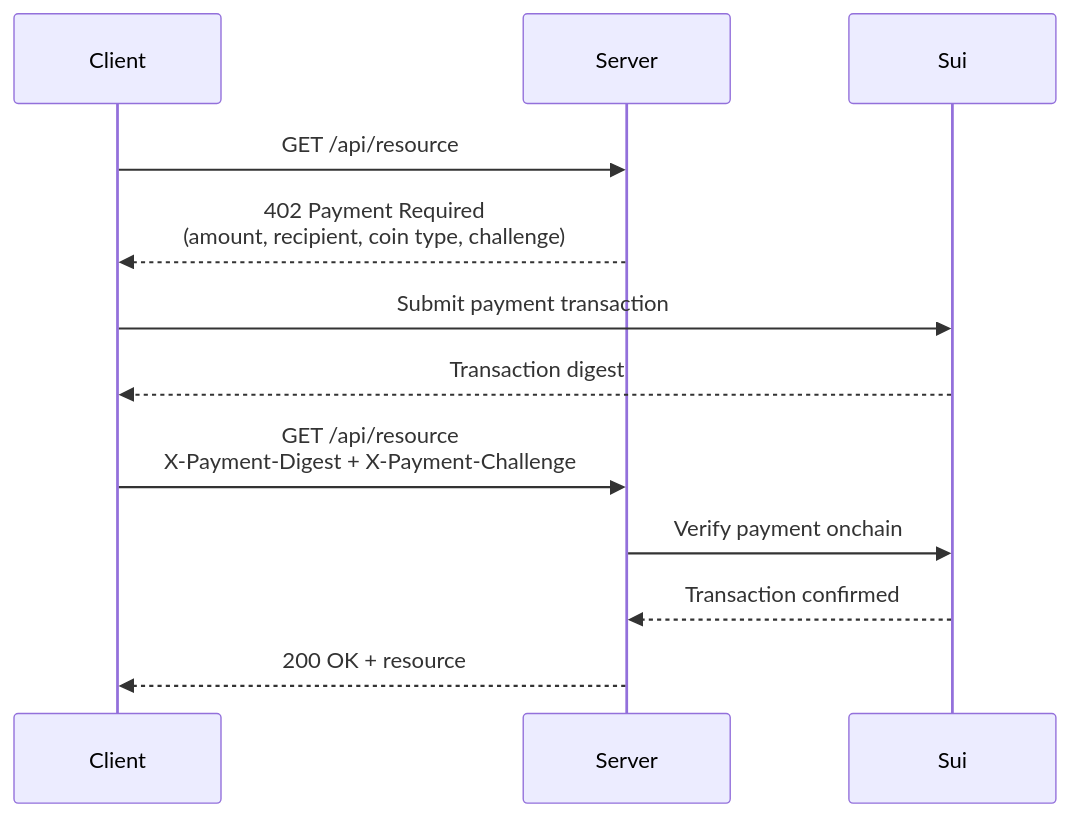
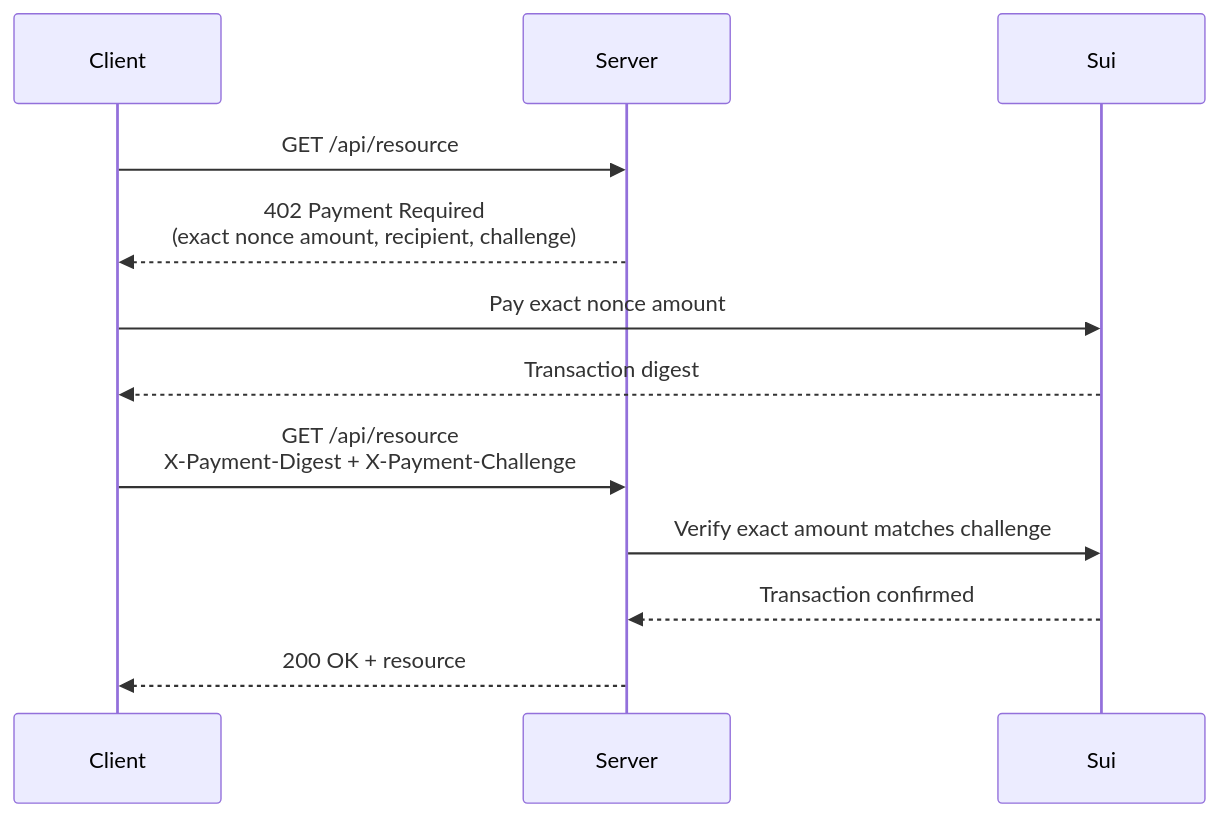
Before and after one commit to MystenLabs/sui: the diagram in docs/content/onchain-finance/x402-pay-per-request.mdx, drawn with Mermaid. The commit also changed other lines of this file and 10 other files, not shown here.

````diff
--- a/docs/content/onchain-finance/x402-pay-per-request.mdx
+++ b/docs/content/onchain-finance/x402-pay-per-request.mdx
@@ -19,15 +19,15 @@
 ```mermaid
 sequenceDiagram
     participant Client
     participant Server
     participant Sui
 
     Client->>Server: GET /api/resource
-    Server-->>Client: 402 Payment Required<br/>(amount, recipient, coin type, challenge)
-    Client->>Sui: Submit payment transaction
+    Server-->>Client: 402 Payment Required<br/>(exact nonce amount, recipient, challenge)
+    Client->>Sui: Pay exact nonce amount
     Sui-->>Client: Transaction digest
     Client->>Server: GET /api/resource<br/>X-Payment-Digest + X-Payment-Challenge
-    Server->>Sui: Verify payment onchain
+    Server->>Sui: Verify exact amount matches challenge
     Sui-->>Server: Transaction confirmed
     Server-->>Client: 200 OK + resource
 ```
````
